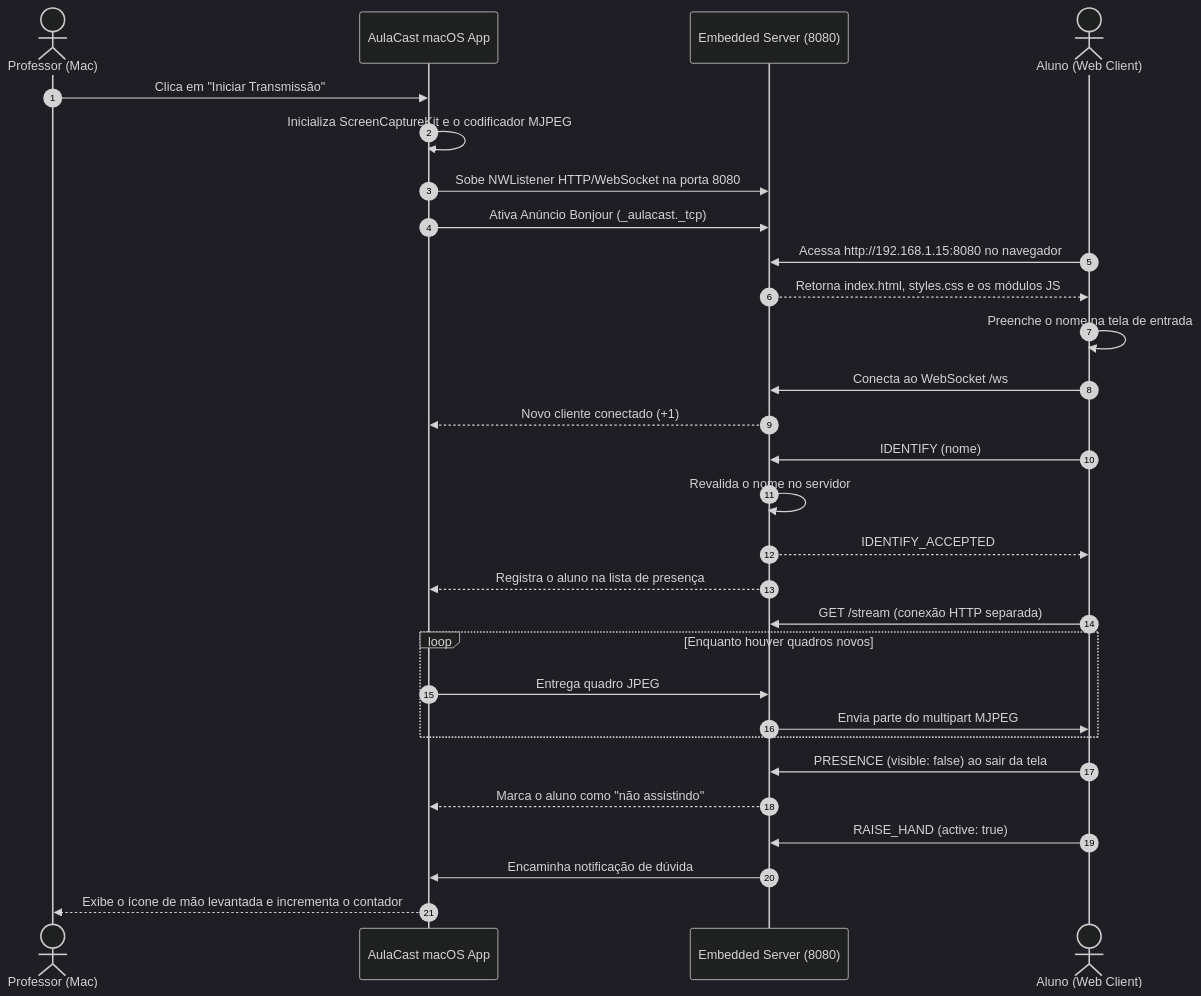
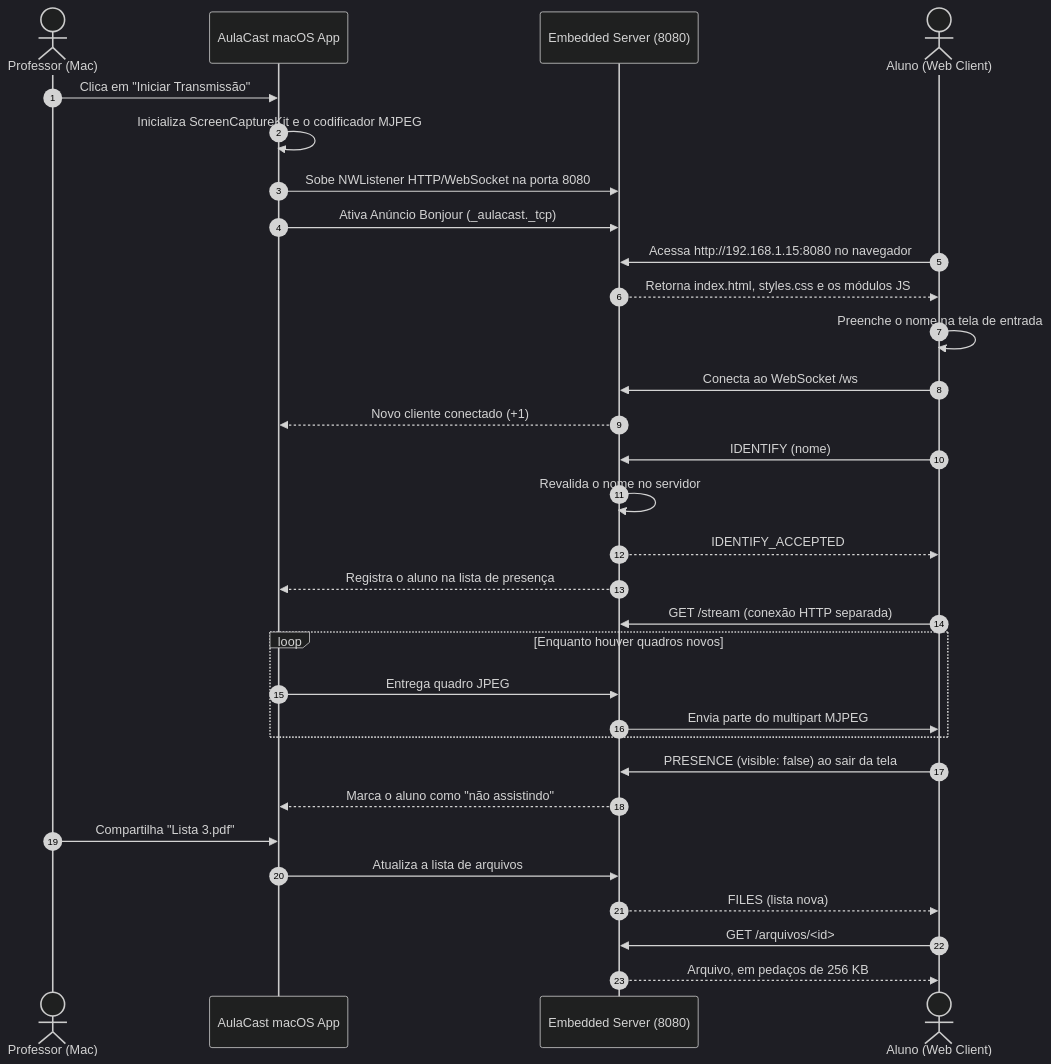
One commit to watusalen/aulacast changed the second of 2 diagrams in docs/04-arquitetura-e-design.md. Above: the diagram before and after it, drawn with Mermaid (dark theme). The commit also changed other lines of this file and 21 other files, not shown here.

First line of the commit message:
feat: professor compartilha arquivos de qualquer tipo com a turma

````diff
--- a/docs/04-arquitetura-e-design.md
+++ b/docs/04-arquitetura-e-design.md
@@ -185,36 +192,38 @@
 ```mermaid
 sequenceDiagram
     autonumber
     actor Prof as Professor (Mac)
     participant App as AulaCast macOS App
     participant Net as Embedded Server (8080)
     actor Aluno as Aluno (Web Client)
 
     Prof->>App: Clica em "Iniciar Transmissão"
     App->>App: Inicializa ScreenCaptureKit e o codificador MJPEG
     App->>Net: Sobe NWListener HTTP/WebSocket na porta 8080
     App->>Net: Ativa Anúncio Bonjour (_aulacast._tcp)
 
     Aluno->>Net: Acessa http://192.168.1.15:8080 no navegador
     Net-->>Aluno: Retorna index.html, styles.css e os módulos JS
     Aluno->>Aluno: Preenche o nome na tela de entrada
     Aluno->>Net: Conecta ao WebSocket /ws
     Net-->>App: Novo cliente conectado (+1)
     Aluno->>Net: IDENTIFY (nome)
     Net->>Net: Revalida o nome no servidor
     Net-->>Aluno: IDENTIFY_ACCEPTED
     Net-->>App: Registra o aluno na lista de presença
 
     Aluno->>Net: GET /stream (conexão HTTP separada)
     loop Enquanto houver quadros novos
         App->>Net: Entrega quadro JPEG
         Net->>Aluno: Envia parte do multipart MJPEG
     end
 
     Aluno->>Net: PRESENCE (visible: false) ao sair da tela
     Net-->>App: Marca o aluno como "não assistindo"
 
-    Aluno->>Net: RAISE_HAND (active: true)
-    Net->>App: Encaminha notificação de dúvida
-    App-->>Prof: Exibe o ícone de mão levantada e incrementa o contador
+    Prof->>App: Compartilha "Lista 3.pdf"
+    App->>Net: Atualiza a lista de arquivos
+    Net-->>Aluno: FILES (lista nova)
+    Aluno->>Net: GET /arquivos/<id>
+    Net-->>Aluno: Arquivo, em pedaços de 256 KB
 ```
````
